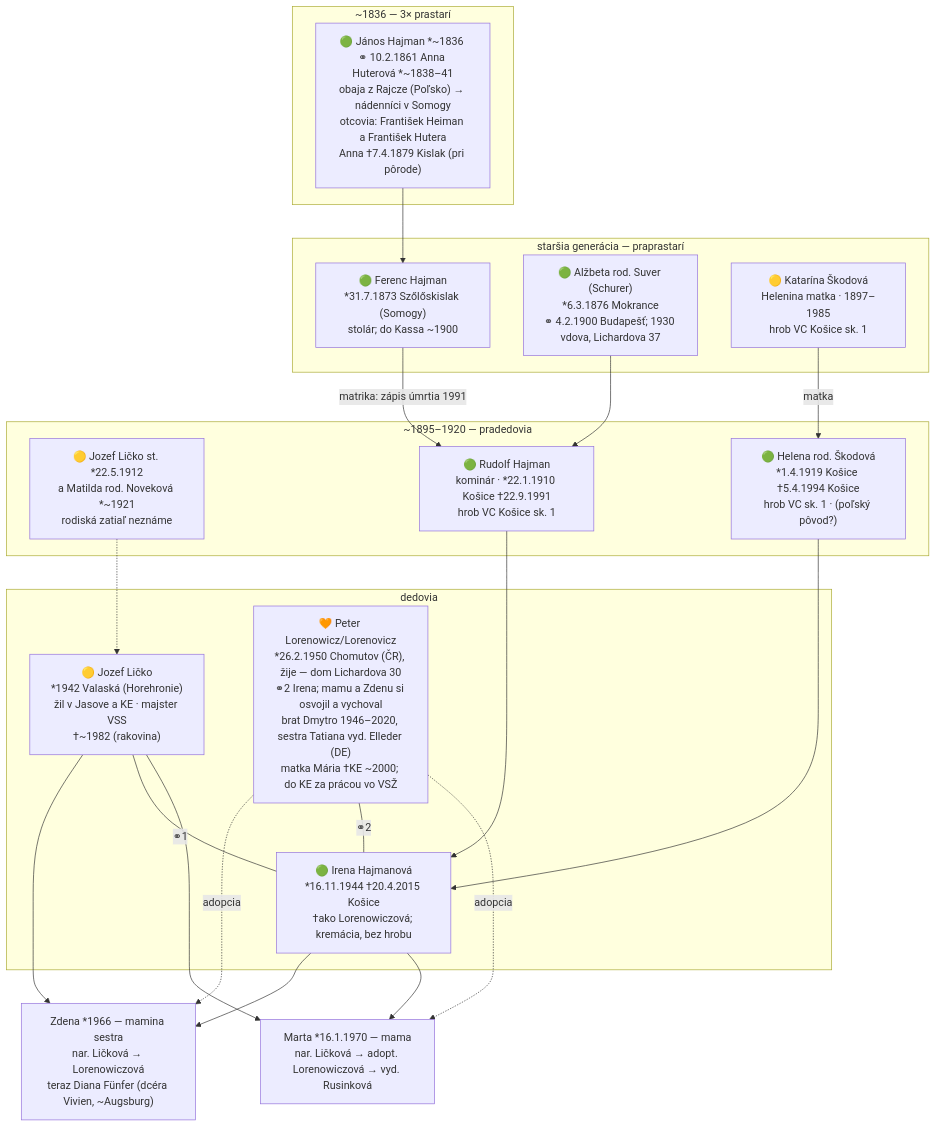
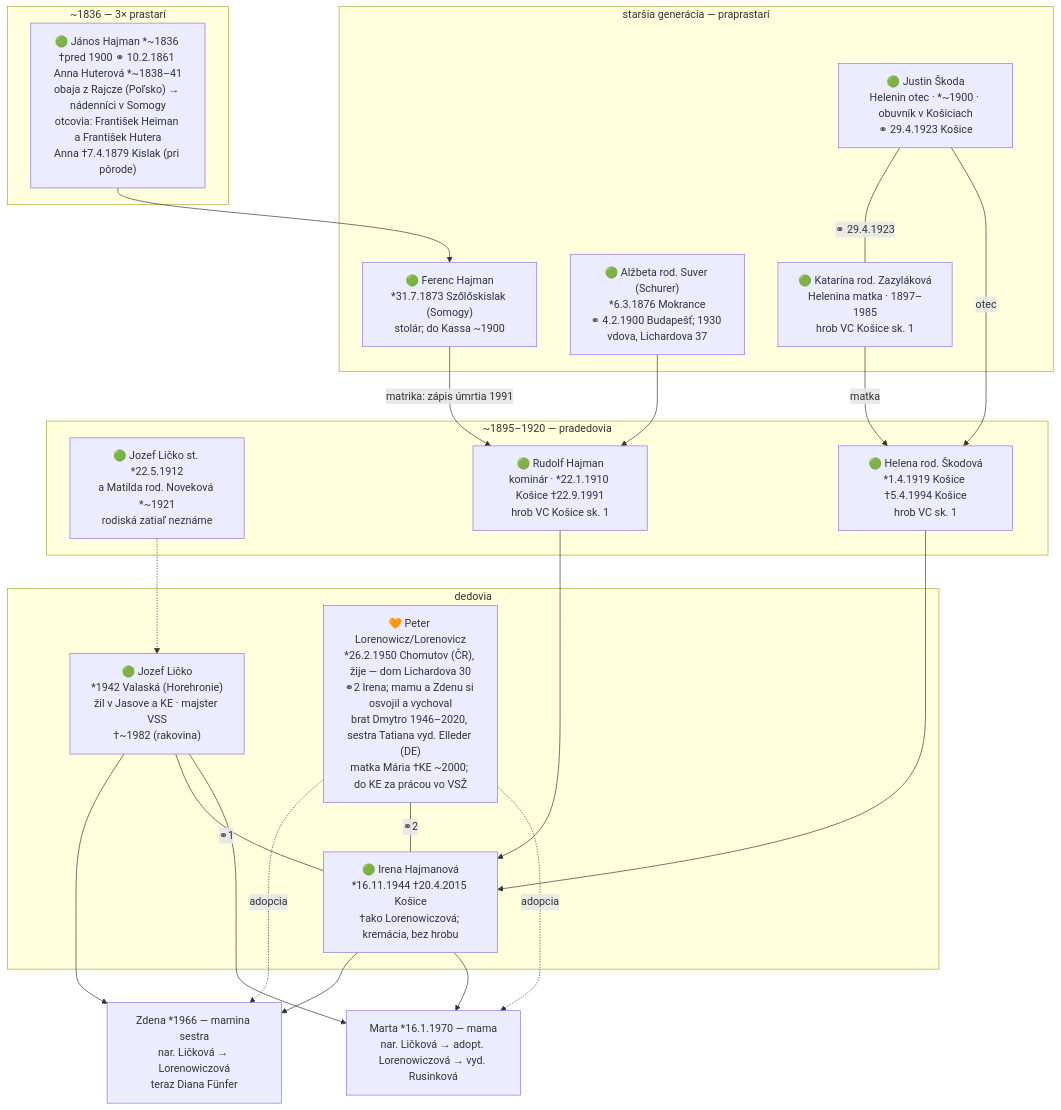
The second of 7 diagrams in docs/rodokmen.md (vrusi/genealogia), drawn with Mermaid before and after one commit. The commit also changed other lines of this file and 20 other files, not shown here.

````diff
--- a/docs/rodokmen.md
+++ b/docs/rodokmen.md
@@ -102,39 +106,42 @@
 ```mermaid
 graph TD
   subgraph mgen5["~1836 — 3× prastarí"]
-    JHAH["🟢 János Hajman *~1836 ⚭ 10.2.1861 Anna Huterová *~1838–41<br>obaja z Rajcze (Poľsko) → nádenníci v Somogy<br>otcovia: František Heiman a František Hutera<br>Anna †7.4.1879 Kislak (pri pôrode)"]
+    JHAH["🟢 János Hajman *~1836 †pred 1900 ⚭ 10.2.1861 Anna Huterová *~1838–41<br>obaja z Rajcze (Poľsko) → nádenníci v Somogy<br>otcovia: František Heiman a František Hutera<br>Anna †7.4.1879 Kislak (pri pôrode)"]
   end
   subgraph mgen4["staršia generácia — praprastarí"]
     FH["🟢 Ferenc Hajman<br>*31.7.1873 Szőlőskislak (Somogy)<br>stolár; do Kassa ~1900"]
     ASch["🟢 Alžbeta rod. Suver (Schurer)<br>*6.3.1876 Mokrance<br>⚭ 4.2.1900 Budapešť; 1930 vdova, Lichardova 37"]
-    KS["🟡 Katarína Škodová<br>Helenina matka · 1897–1985<br>hrob VC Košice sk. 1"]
+    KS["🟢 Katarína rod. Zazyláková<br>Helenina matka · 1897–1985<br>hrob VC Košice sk. 1"]
+    JS["🟢 Justin Škoda<br>Helenin otec · *~1900 · obuvník v Košiciach<br>⚭ 29.4.1923 Košice"]
   end
   subgraph mgen3["~1895–1920 — pradedovia"]
-    LX["🟡 Jozef Ličko st. *22.5.1912<br>a Matilda rod. Noveková *~1921<br>rodiská zatiaľ neznáme"]
+    LX["🟢 Jozef Ličko st. *22.5.1912<br>a Matilda rod. Noveková *~1921<br>rodiská zatiaľ neznáme"]
     RH["🟢 Rudolf Hajman<br>kominár · *22.1.1910 Košice †22.9.1991<br>hrob VC Košice sk. 1"]
-    HS["🟢 Helena rod. Škodová<br>*1.4.1919 Košice †5.4.1994 Košice<br>hrob VC sk. 1 · (poľský pôvod?)"]
+    HS["🟢 Helena rod. Škodová<br>*1.4.1919 Košice †5.4.1994 Košice<br>hrob VC sk. 1"]
   end
   subgraph mgen2["dedovia"]
-    JL["🟡 Jozef Ličko<br>*1942 Valaská (Horehronie)<br>žil v Jasove a KE · majster VSS<br>†~1982 (rakovina)"]
+    JL["🟢 Jozef Ličko<br>*1942 Valaská (Horehronie)<br>žil v Jasove a KE · majster VSS<br>†~1982 (rakovina)"]
     IH["🟢 Irena Hajmanová<br>*16.11.1944 †20.4.2015 Košice<br>†ako Lorenowiczová; kremácia, bez hrobu"]
     PL["🧡 Peter Lorenowicz/Lorenovicz<br>*26.2.1950 Chomutov (ČR), žije — dom Lichardova 30<br>⚭2 Irena; mamu a Zdenu si osvojil a vychoval<br>brat Dmytro 1946–2020, sestra Tatiana vyd. Elleder (DE)<br>matka Mária †KE ~2000; do KE za prácou vo VSŽ"]
   end
   ML["Marta *16.1.1970 — mama<br>nar. Ličková → adopt. Lorenowiczová → vyd. Rusinková"]
-  ZD["Zdena *1966 — mamina sestra<br>nar. Ličková → Lorenowiczová<br>teraz Diana Fünfer (dcéra Vivien, ~Augsburg)"]
+  ZD["Zdena *1966 — mamina sestra<br>nar. Ličková → Lorenowiczová<br>teraz Diana Fünfer"]
 
   JHAH --> FH
   FH -->|matrika: zápis úmrtia 1991| RH
   ASch --> RH
+  JS ---|⚭ 29.4.1923| KS
   KS -->|matka| HS
+  JS -->|otec| HS
   JL --> ZD
   IH --> ZD
   PL -.->|adopcia| ZD
   LX -.-> JL
   RH --> IH
   HS --> IH
   JL ---|⚭1| IH
   PL ---|⚭2| IH
   JL --> ML
   IH --> ML
   PL -.->|adopcia| ML
 ```
````
